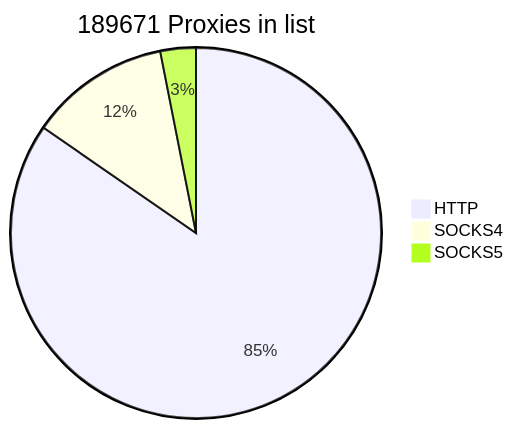
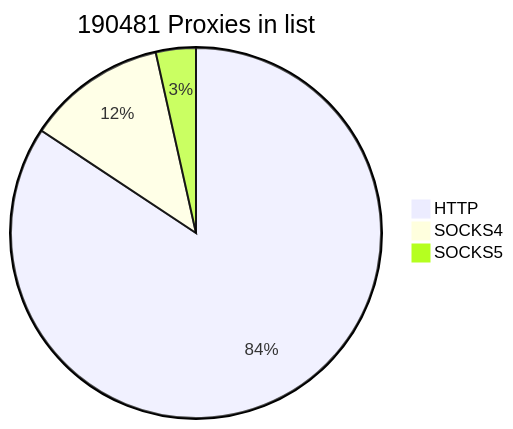
One commit to cutipu/proxylist changed the first of 2 diagrams in README.md. Above: the diagram before and after it, drawn with Mermaid. The commit also changed other lines of this file, not shown here.

````diff
--- a/README.md
+++ b/README.md
@@ -2,7 +2,7 @@
 ```mermaid
-pie title 189671 Proxies in list
-    "HTTP" : 160502
-    "SOCKS4" : 23292
-    "SOCKS5" : 5877
+pie title 190481 Proxies in list
+    "HTTP" : 160603
+    "SOCKS4" : 23224
+    "SOCKS5" : 6654
             
 ```
````
